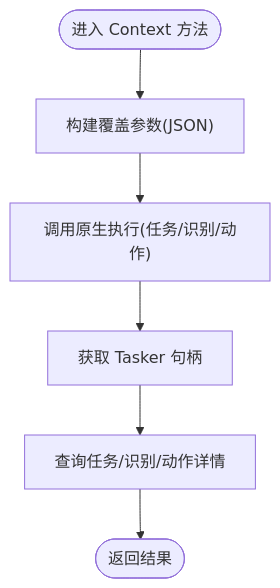
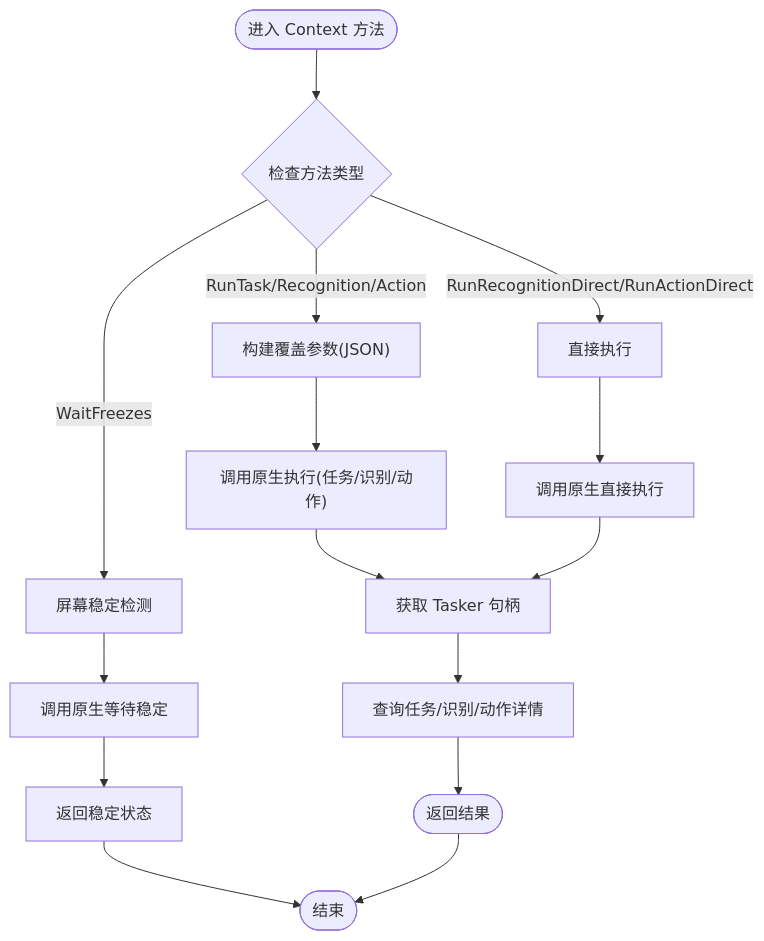
Before and after one commit to kqcoxn/MaaPipelineEditor: the seventh of 10 diagrams in .qoder/repowiki/zh/content/API 参考/maafw-golang API 参考.md, drawn with Mermaid. The commit also changed other lines of this file and 6 other files, not shown here.

````diff
--- a/.qoder/repowiki/zh/content/API 参考/maafw-golang API 参考.md
+++ b/.qoder/repowiki/zh/content/API 参考/maafw-golang API 参考.md
@@ -449,8 +447,17 @@
 ```mermaid
 flowchart TD
-Start(["进入 Context 方法"]) --> BuildOverride["构建覆盖参数(JSON)"]
+Start(["进入 Context 方法"]) --> CheckMethod{"检查方法类型"}
+CheckMethod --> |RunTask/Recognition/Action| BuildOverride["构建覆盖参数(JSON)"]
+CheckMethod --> |RunRecognitionDirect/RunActionDirect| DirectExec["直接执行"]
+CheckMethod --> |WaitFreezes| FreezeCheck["屏幕稳定检测"]
 BuildOverride --> CallNative["调用原生执行(任务/识别/动作)"]
+DirectExec --> CallDirect["调用原生直接执行"]
+FreezeCheck --> CallWait["调用原生等待稳定"]
 CallNative --> GetTasker["获取 Tasker 句柄"]
+CallDirect --> GetTasker
+CallWait --> ReturnBool["返回稳定状态"]
 GetTasker --> QueryDetail["查询任务/识别/动作详情"]
 QueryDetail --> Return(["返回结果"])
+ReturnBool --> End(["结束"])
+Return(["返回结果"]) --> End
 ```
````
